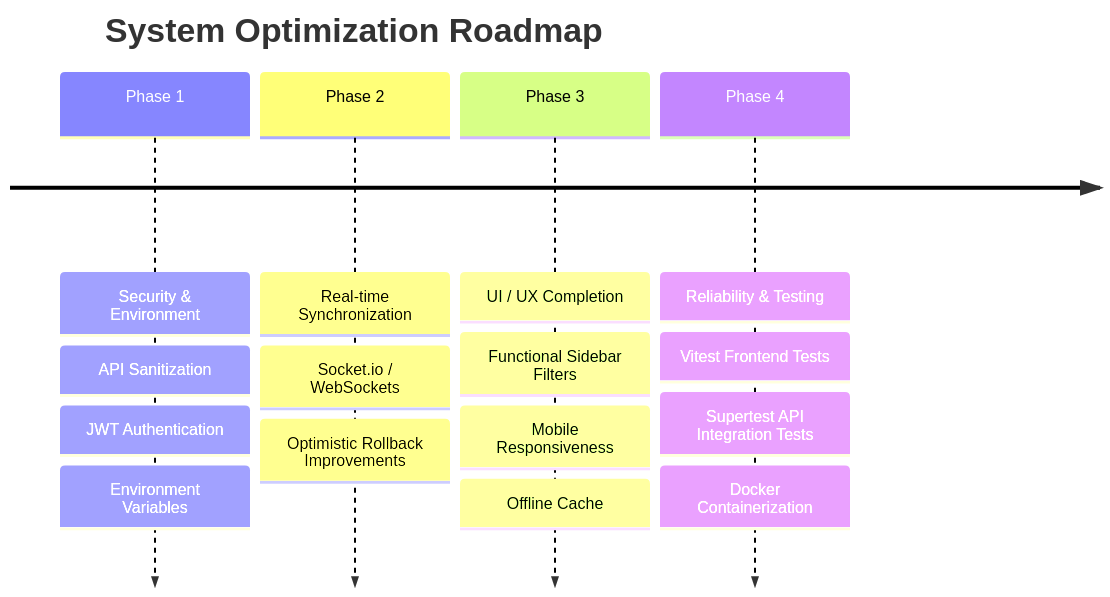
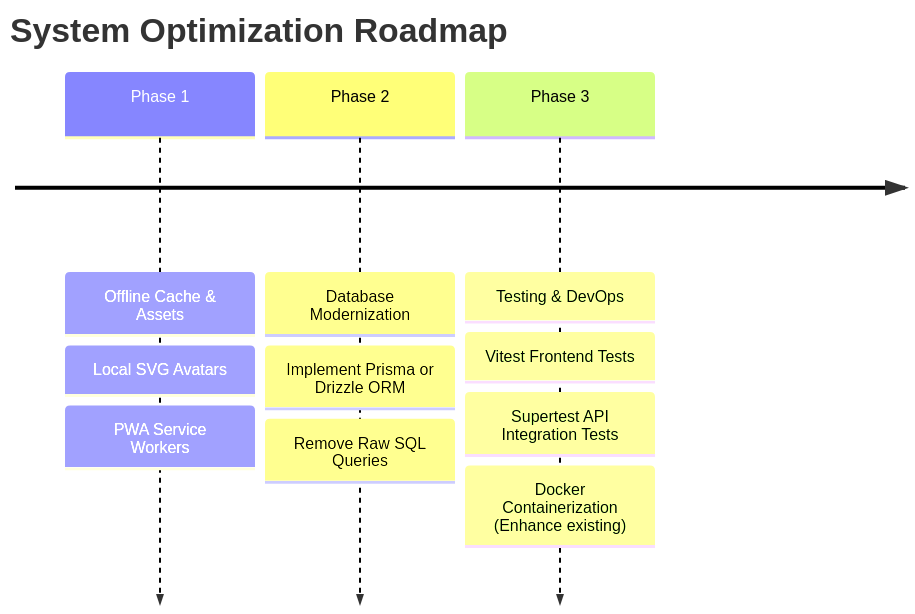
The second of 2 diagrams in docs/PROJECT DOCUMENTATION.md (Dane-22/drag-drop), drawn with Mermaid before and after one commit. The commit also changed other lines of this file, not shown here.

Commit message:
ready for stress testing

````diff
--- a/docs/PROJECT DOCUMENTATION.md
+++ b/docs/PROJECT DOCUMENTATION.md
@@ -119,8 +112,7 @@
 ```mermaid
 timeline
     title System Optimization Roadmap
-    Phase 1 : Security & Environment : API Sanitization : JWT Authentication : Environment Variables
-    Phase 2 : Real-time Synchronization : Socket.io / WebSockets : Optimistic Rollback Improvements
-    Phase 3 : UI / UX Completion : Functional Sidebar Filters : Mobile Responsiveness : Offline Cache
-    Phase 4 : Reliability & Testing : Vitest Frontend Tests : Supertest API Integration Tests : Docker Containerization
+    Phase 1 : Offline Cache & Assets : Local SVG Avatars : PWA Service Workers
+    Phase 2 : Database Modernization : Implement Prisma or Drizzle ORM : Remove Raw SQL Queries
+    Phase 3 : Testing & DevOps : Vitest Frontend Tests : Supertest API Integration Tests : Docker Containerization (Enhance existing)
 ```
````
